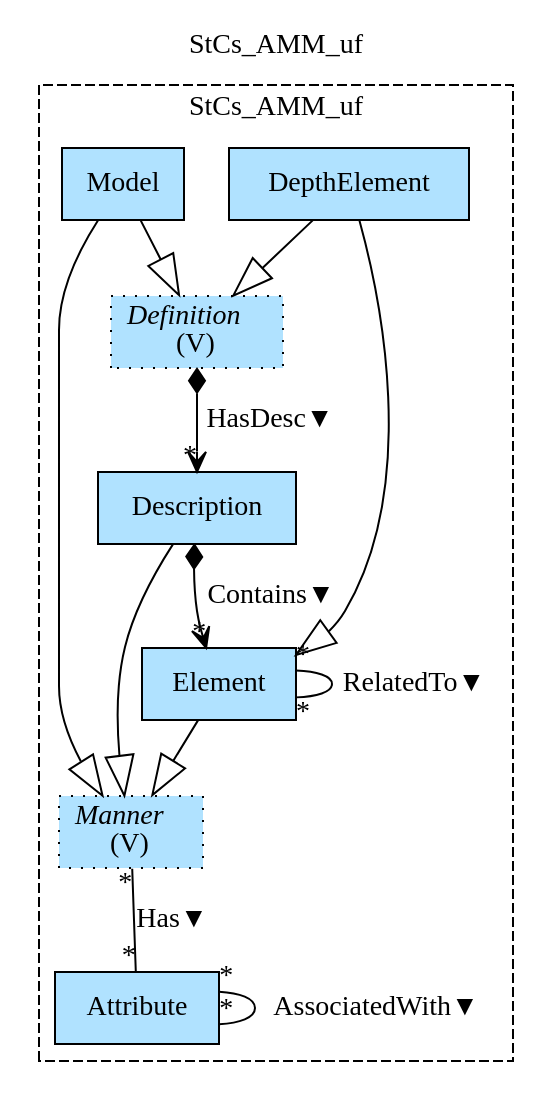
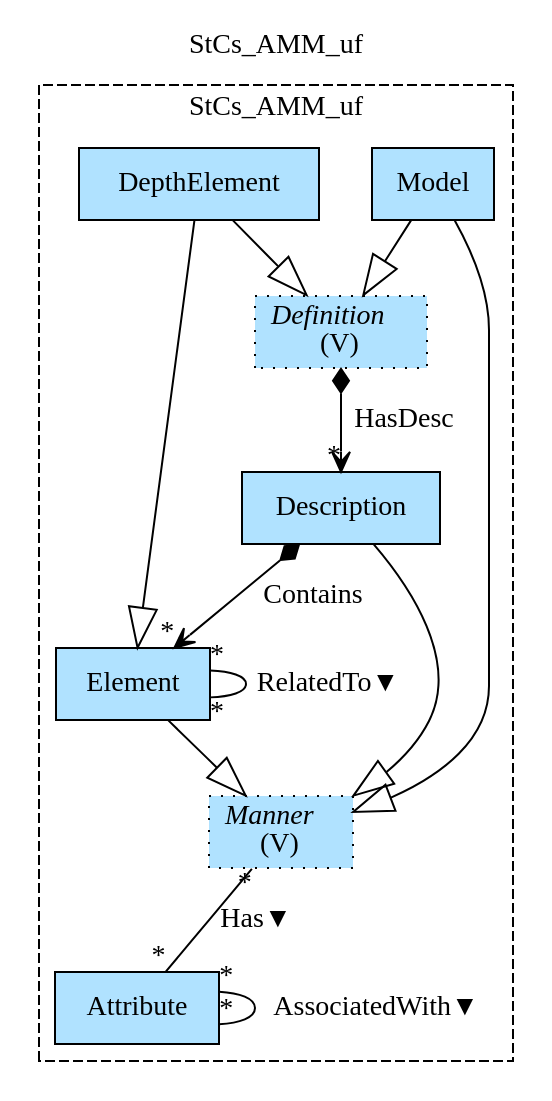
Before and after one commit to namalio/Fragmenta: the diagram in Haskell/Statecharts/MM/img/Stcs_AMM_uf.gv, drawn with Graphviz. The commit also changed 106 other files, not shown here.

```diff
--- a/Haskell/Statecharts/MM/img/Stcs_AMM_uf.gv
+++ b/Haskell/Statecharts/MM/img/Stcs_AMM_uf.gv
@@ -1,24 +1,24 @@
 digraph {graph[label=StCs_AMM_uf,labelloc=tl,labelfontsize=12];
 subgraph cluster_StCs_AMM_uf{style=dashed;label=StCs_AMM_uf;
-"Attribute"[shape=record,fillcolor=lightskyblue1,style = filled,label="Attribute"];
+"Model"[shape=record,fillcolor=lightskyblue1,style = filled,label="Model"];
 "Description"[shape=record,fillcolor=lightskyblue1,style = filled,label="Description"];
-"Model"[shape=record,fillcolor=lightskyblue1,style = filled,label="Model"];
-"Manner"[shape=record,fillcolor=lightskyblue1,style ="filled,dotted",label=<{<I>Manner</I><br/>(V)}>];
 "Element"[shape=record,fillcolor=lightskyblue1,style = filled,label="Element"];
 "DepthElement"[shape=record,fillcolor=lightskyblue1,style = filled,label="DepthElement"];
+"Attribute"[shape=record,fillcolor=lightskyblue1,style = filled,label="Attribute"];
+"Manner"[shape=record,fillcolor=lightskyblue1,style ="filled,dotted",label=<{<I>Manner</I><br/>(V)}>];
 "Definition"[shape=record,fillcolor=lightskyblue1,style ="filled,dotted",label=<{<I>Definition</I><br/>(V)}>];
 
-"Description"->"Element"[label="Contains▼",arrowhead=vee,arrowtail=diamond,dir=both,headlabel="*"];
+"Description"->"Element"[label="Contains",arrowhead=vee,arrowtail=diamond,dir=both,headlabel="*"];
 "Description"->"Manner"[arrowhead=onormal,arrowsize=2.0];
 "Element"->"Manner"[arrowhead=onormal,arrowsize=2.0];
 "Manner"->"Attribute"[label="Has▼",dir=none,taillabel="*",headlabel="*"];
 "Element"->"Element"[label="RelatedTo▼",dir=none,taillabel="*",headlabel="*"];
 "Attribute"->"Attribute"[label="AssociatedWith▼",dir=none,taillabel="*",headlabel="*"];
-"Definition"->"Description"[label="HasDesc▼",arrowhead=vee,arrowtail=diamond,dir=both,headlabel="*"];
+"Definition"->"Description"[label="HasDesc",arrowhead=vee,arrowtail=diamond,dir=both,headlabel="*"];
 "Model"->"Definition"[arrowhead=onormal,arrowsize=2.0];
 "Model"->"Manner"[arrowhead=onormal,arrowsize=2.0];
 "DepthElement"->"Element"[arrowhead=onormal,arrowsize=2.0];
 "DepthElement"->"Definition"[arrowhead=onormal,arrowsize=2.0];
 
 }
 }
```
